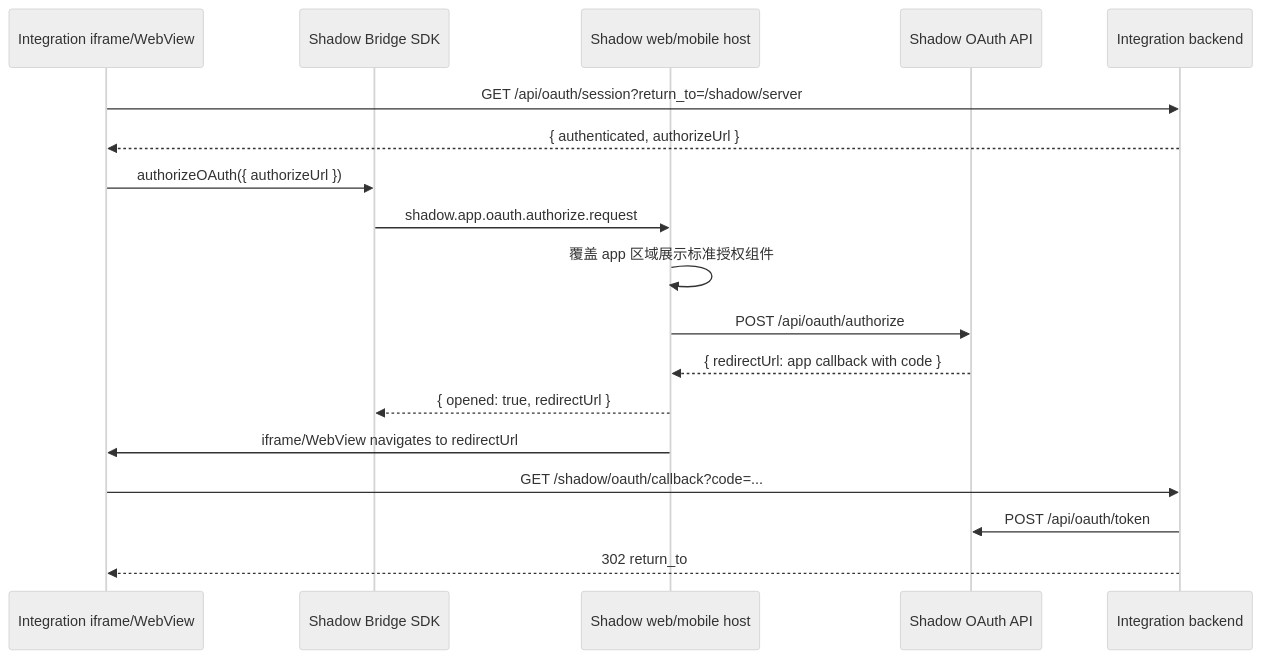
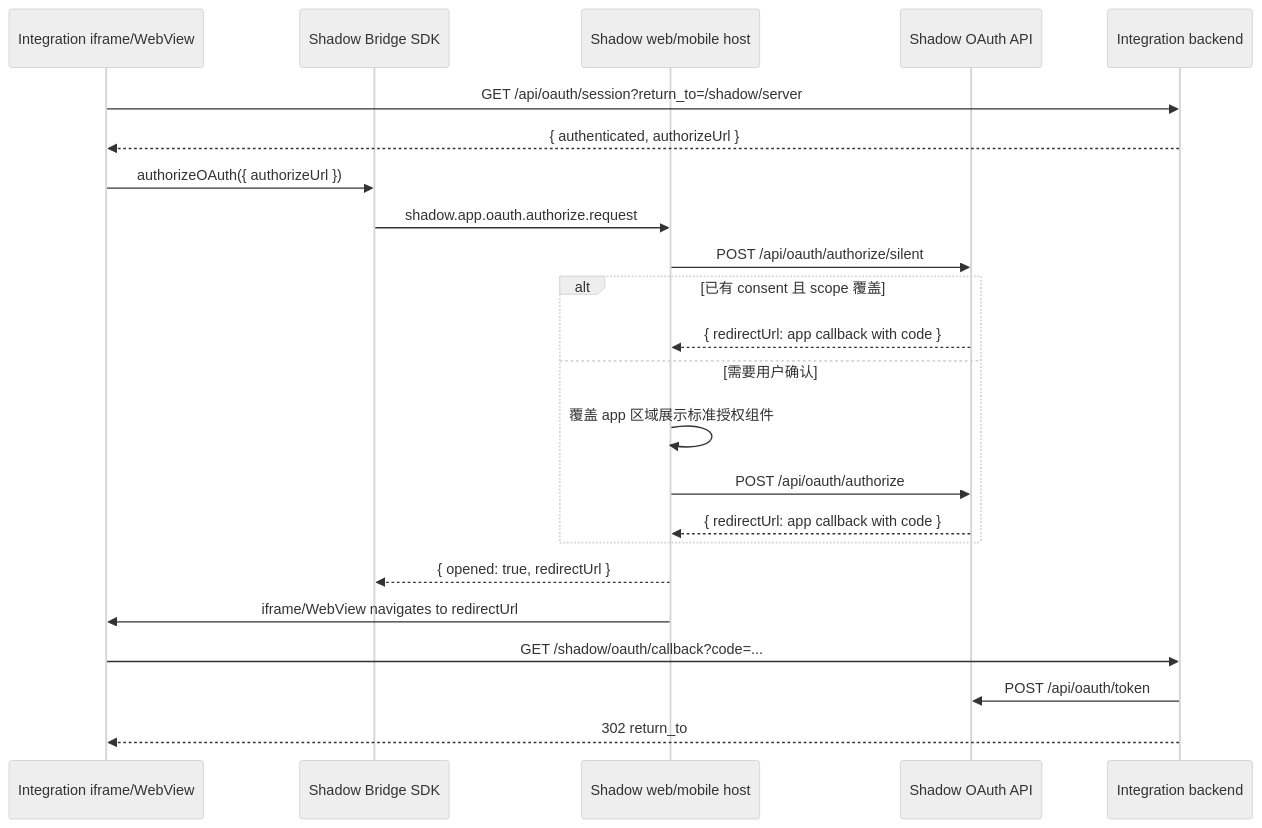
One commit to buggyblues/shadow changed the diagram in docs/development/server-app-bridge-oauth-best-practices.zh-CN.md. Above: the diagram before and after it, drawn with Mermaid (neutral theme). The commit also changed other lines of this file and 390 other files, not shown here.

Commit message:
feat: harden server apps and expand OS cloud flows

````diff
--- a/docs/development/server-app-bridge-oauth-best-practices.zh-CN.md
+++ b/docs/development/server-app-bridge-oauth-best-practices.zh-CN.md
@@ -22,21 +22,26 @@
 ```mermaid
 sequenceDiagram
   participant App as Integration iframe/WebView
   participant Bridge as Shadow Bridge SDK
   participant Host as Shadow web/mobile host
   participant OAuth as Shadow OAuth API
   participant AppServer as Integration backend
 
   App->>AppServer: GET /api/oauth/session?return_to=/shadow/server
   AppServer-->>App: { authenticated, authorizeUrl }
   App->>Bridge: authorizeOAuth({ authorizeUrl })
   Bridge->>Host: shadow.app.oauth.authorize.request
-  Host->>Host: 覆盖 app 区域展示标准授权组件
-  Host->>OAuth: POST /api/oauth/authorize
-  OAuth-->>Host: { redirectUrl: app callback with code }
+  Host->>OAuth: POST /api/oauth/authorize/silent
+  alt 已有 consent 且 scope 覆盖
+    OAuth-->>Host: { redirectUrl: app callback with code }
+  else 需要用户确认
+    Host->>Host: 覆盖 app 区域展示标准授权组件
+    Host->>OAuth: POST /api/oauth/authorize
+    OAuth-->>Host: { redirectUrl: app callback with code }
+  end
   Host-->>Bridge: { opened: true, redirectUrl }
   Host->>App: iframe/WebView navigates to redirectUrl
   App->>AppServer: GET /shadow/oauth/callback?code=...
   AppServer->>OAuth: POST /api/oauth/token
   AppServer-->>App: 302 return_to
 ```
````
